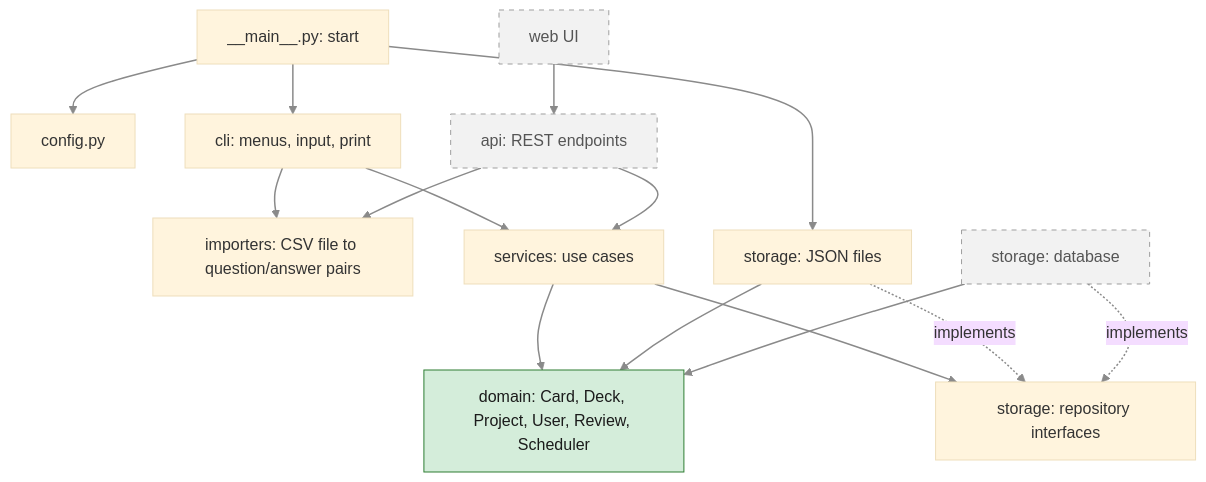
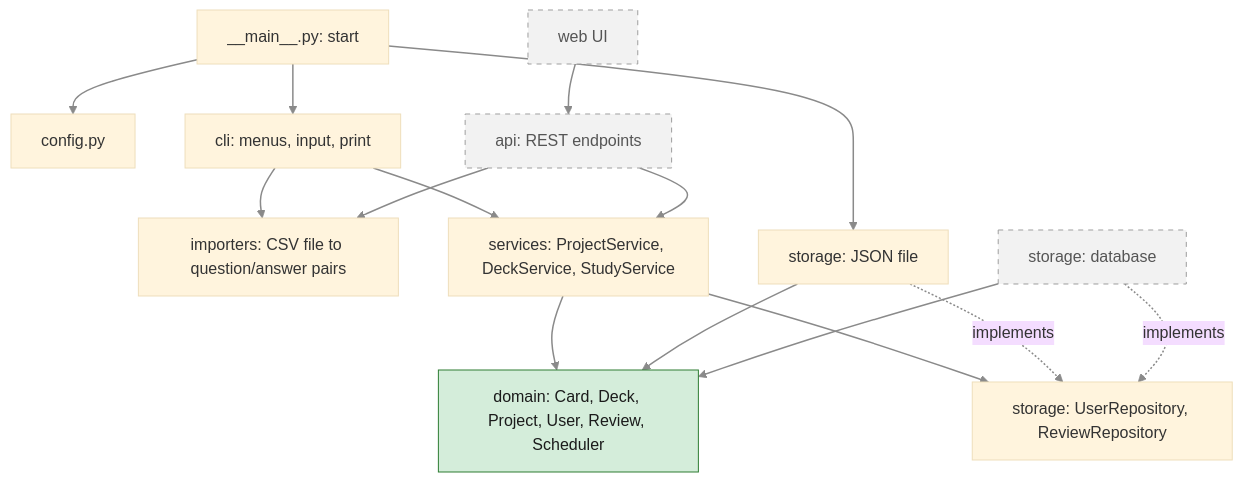
The diagram in docs/diagrams/05-architecture.md (OleksandraZ/leitbox), drawn with Mermaid (base theme) before and after one commit. The commit also changed other lines of this file and 4 other files, not shown here.

Commit message:
Docs: sync diagrams and roadmap with Phase 1

````diff
--- a/docs/diagrams/05-architecture.md
+++ b/docs/diagrams/05-architecture.md
@@ -6,35 +6,35 @@
 ```mermaid
 flowchart TD
     Main["__main__.py: start"]
     CFG["config.py"]
     CLI["cli: menus, input, print"]
     API["api: REST endpoints"]
     UI["web UI"]
     IMP["importers: CSV file to question/answer pairs"]
-    SRV["services: use cases"]
+    SRV["services: ProjectService, DeckService, StudyService"]
     DOM["domain: Card, Deck, Project, User, Review, Scheduler"]
-    REP["storage: repository interfaces"]
-    JSON["storage: JSON files"]
+    REP["storage: UserRepository, ReviewRepository"]
+    JSON["storage: JSON file"]
     DB["storage: database"]
 
     Main --> CFG
     Main --> CLI
     Main --> JSON
     UI --> API
     CLI --> SRV
     CLI --> IMP
     API --> SRV
     API --> IMP
     SRV --> DOM
     SRV --> REP
     JSON -. implements .-> REP
     DB -. implements .-> REP
     JSON --> DOM
     DB --> DOM
 
     classDef core fill:#d4edda,stroke:#2e7d32,color:#1b1b1b
     classDef afterMvp fill:#f2f2f2,stroke:#9e9e9e,stroke-dasharray: 5 5,color:#555
     class DOM core
     class API,UI,DB afterMvp
     linkStyle default stroke:#8a8a8a,stroke-width:1.5px
 ```
````
